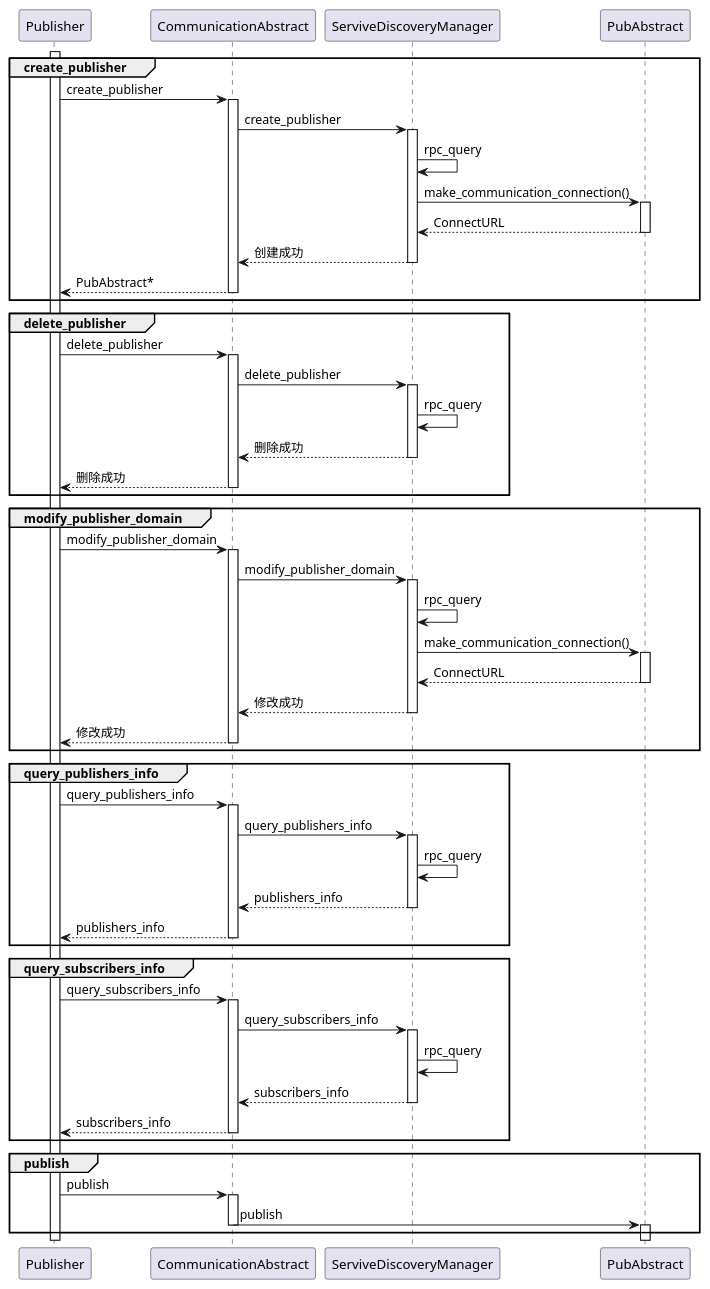
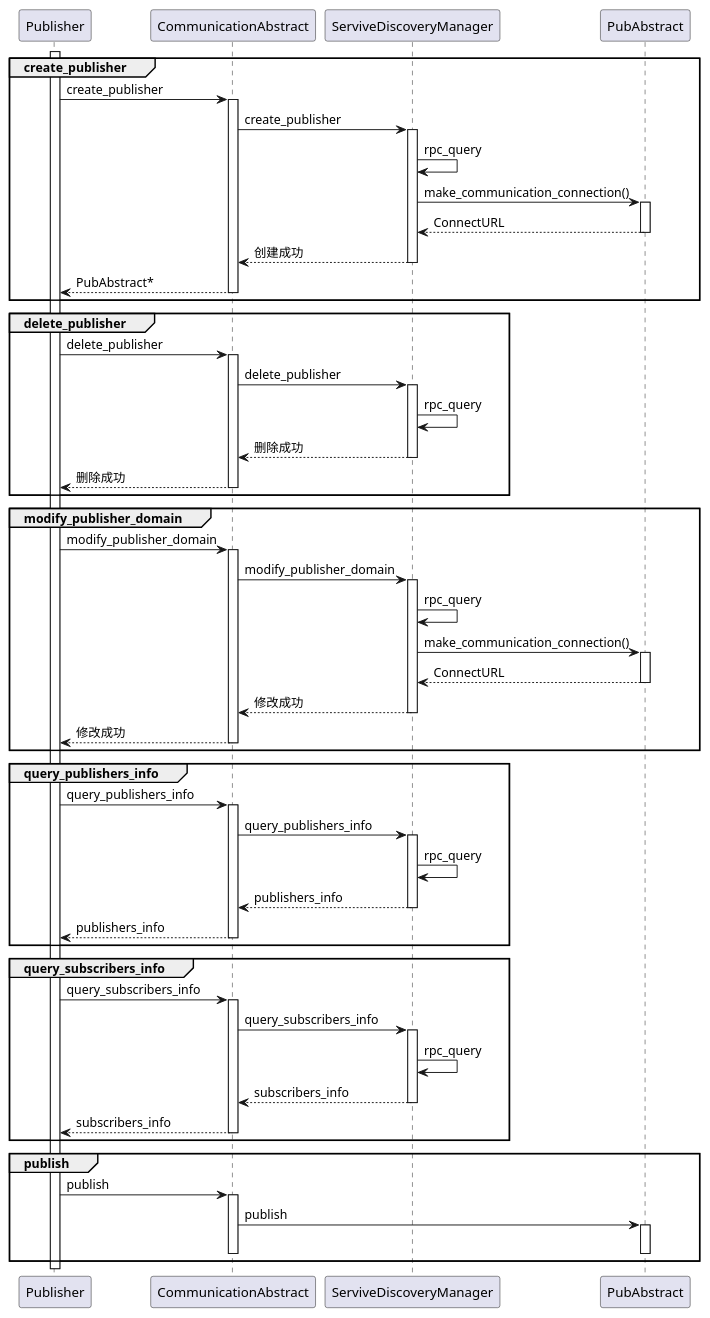
One commit to woshigerunze/new_paper changed the diagram in uml/publisher_shixu.wsd. Above: the diagram before and after it, drawn with PlantUML. The commit also changed other lines of this file and 14 other files, not shown here.

```diff
--- a/uml/publisher_shixu.wsd
+++ b/uml/publisher_shixu.wsd
@@ -1,95 +1,95 @@
 @startuml
 group create_publisher
 activate Publisher
 Publisher -> CommunicationAbstract : create_publisher
 activate CommunicationAbstract
 ' CommunicationAbstract -> CommunicationAbstract : 创建PubAbstract类
 ' CommunicationAbstract -> CommunicationAbstract : 生成服务发现请求参数
 CommunicationAbstract -> ServiveDiscoveryManager : create_publisher
 ' deactivate CommunicationAbstract
 activate ServiveDiscoveryManager
 ServiveDiscoveryManager -> ServiveDiscoveryManager : rpc_query
 ServiveDiscoveryManager -> PubAbstract : make_communication_connection()
 ' deactivate ServiveDiscoveryManager
 activate PubAbstract
 ' PubAbstract -> PubAbstract : 通信链路匹配
 PubAbstract --> ServiveDiscoveryManager : ConnectURL
 ' ServiveDiscoveryManager -> ServiveDiscoveryManager : rpc_query
 
 deactivate PubAbstract
 
 ServiveDiscoveryManager --> CommunicationAbstract : 创建成功
 deactivate ServiveDiscoveryManager
 CommunicationAbstract --> Publisher : PubAbstract*
 deactivate CommunicationAbstract
 ' deactivate Publisher
 end
 group delete_publisher
 Publisher -> CommunicationAbstract : delete_publisher
 activate CommunicationAbstract
 ' CommunicationAbstract -> CommunicationAbstract : 删除PubAbstract类
 ' CommunicationAbstract -> CommunicationAbstract : 生成服务发现请求参数
 CommunicationAbstract -> ServiveDiscoveryManager : delete_publisher
 activate ServiveDiscoveryManager 
 ServiveDiscoveryManager -> ServiveDiscoveryManager : rpc_query
 ServiveDiscoveryManager --> CommunicationAbstract : 删除成功
 deactivate ServiveDiscoveryManager
 CommunicationAbstract --> Publisher : 删除成功
 deactivate CommunicationAbstract
 end
 group modify_publisher_domain
 Publisher -> CommunicationAbstract : modify_publisher_domain
 activate CommunicationAbstract
 ' CommunicationAbstract -> CommunicationAbstract : 删除PubAbstract类
 ' CommunicationAbstract -> CommunicationAbstract : 生成服务发现请求参数
 CommunicationAbstract -> ServiveDiscoveryManager : modify_publisher_domain
 activate ServiveDiscoveryManager 
 ServiveDiscoveryManager -> ServiveDiscoveryManager : rpc_query
 ServiveDiscoveryManager -> PubAbstract : make_communication_connection()
 ' deactivate ServiveDiscoveryManager
 activate PubAbstract
 ' PubAbstract -> PubAbstract : 通信链路匹配
 PubAbstract --> ServiveDiscoveryManager : ConnectURL
 ' ServiveDiscoveryManager -> ServiveDiscoveryManager : rpc_query
 
 deactivate PubAbstract
 ServiveDiscoveryManager --> CommunicationAbstract : 修改成功
 deactivate ServiveDiscoveryManager
 CommunicationAbstract --> Publisher : 修改成功
 deactivate CommunicationAbstract
 end
 group query_publishers_info
 Publisher -> CommunicationAbstract : query_publishers_info
 activate CommunicationAbstract
 CommunicationAbstract -> ServiveDiscoveryManager : query_publishers_info
 ' deactivate CommunicationAbstract
 activate ServiveDiscoveryManager
 ServiveDiscoveryManager -> ServiveDiscoveryManager : rpc_query
 ServiveDiscoveryManager --> CommunicationAbstract : publishers_info
 deactivate ServiveDiscoveryManager
 CommunicationAbstract --> Publisher : publishers_info
 deactivate CommunicationAbstract
 end
 
 group query_subscribers_info
 Publisher -> CommunicationAbstract : query_subscribers_info
 activate CommunicationAbstract
 CommunicationAbstract -> ServiveDiscoveryManager : query_subscribers_info
 ' deactivate CommunicationAbstract
 activate ServiveDiscoveryManager
 ServiveDiscoveryManager -> ServiveDiscoveryManager : rpc_query
 ServiveDiscoveryManager --> CommunicationAbstract : subscribers_info
 deactivate ServiveDiscoveryManager
 CommunicationAbstract --> Publisher : subscribers_info
 deactivate CommunicationAbstract
 end
 
 group publish
 Publisher -> CommunicationAbstract : publish
 activate CommunicationAbstract
 CommunicationAbstract -> PubAbstract : publish
+activate PubAbstract
 deactivate CommunicationAbstract
-activate PubAbstract
 deactivate PubAbstract
 end
 @enduml
```
